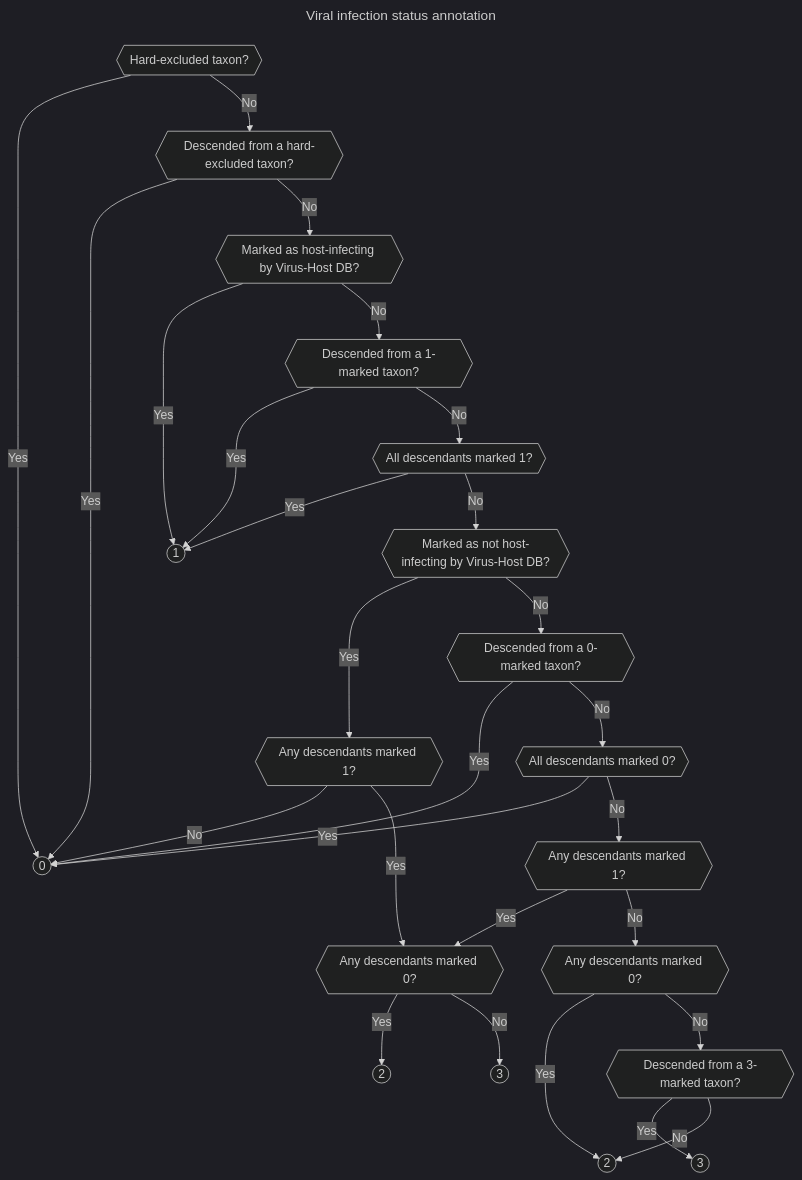
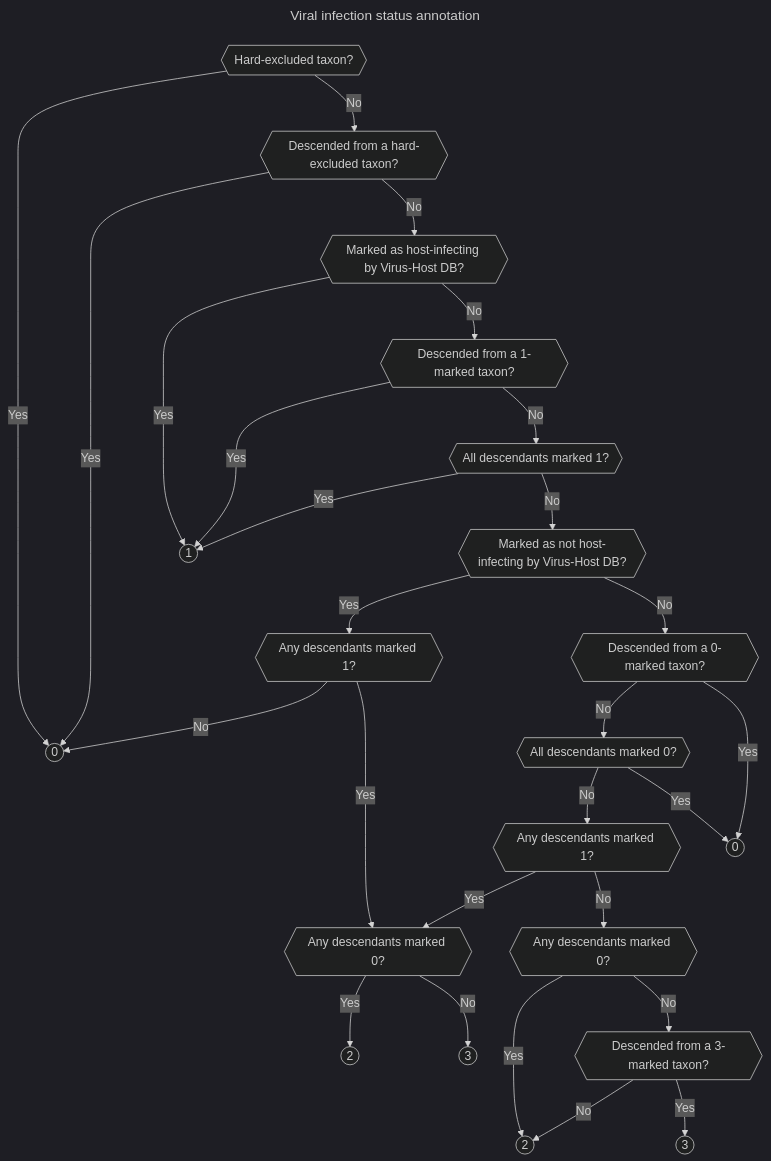
Before and after one commit to naobservatory/mgs-workflow: the diagram in docs/annotation.md, drawn with Mermaid (dark theme).

Commit message:
More work on docs

````diff
--- a/docs/annotation.md
+++ b/docs/annotation.md
@@ -12,34 +12,34 @@
 ```mermaid
 ---
 title: Viral infection status annotation
 config:
     layout: "auto"
 ---
 flowchart TD
 A{{Hard-excluded taxon?}} -->|Yes| B((0))
 A --> |No| C{{Descended from a hard-excluded taxon?}}
 C -->|Yes| B
 C -->|No| D{{Marked as host-infecting by Virus-Host DB?}}
 D -->|Yes| E((1))
 D -->|No| F{{Descended from a 1-marked taxon?}}
 F -->|Yes| E
 F -->|No| G{{All descendants marked 1?}}
 G -->|Yes| E
 G -->|No| H{{Marked as not host-infecting by Virus-Host DB?}}
 H -->|Yes| I{{Any descendants marked 1?}}
 I -->|No| B
 H -->|No| J{{Descended from a 0-marked taxon?}}
-J -->|Yes| B
 J -->|No| K{{All descendants marked 0?}}
-K -->|Yes| B
+J -->|Yes| T((0))
 K -->|No| L{{Any descendants marked 1?}}
+K -->|Yes| T
 L -->|Yes| M{{Any descendants marked 0?}}
 I -->|Yes| M
 M -->|Yes| N((2))
 M -->|No| O((3))
 L -->|No| P{{Any descendants marked 0?}}
 P -->|Yes| Q((2))
 P -->|No| R{{Descended from a 3-marked taxon?}}
+R -->|No| Q
 R -->|Yes| S((3))
-R -->|No| Q
 ```
````
